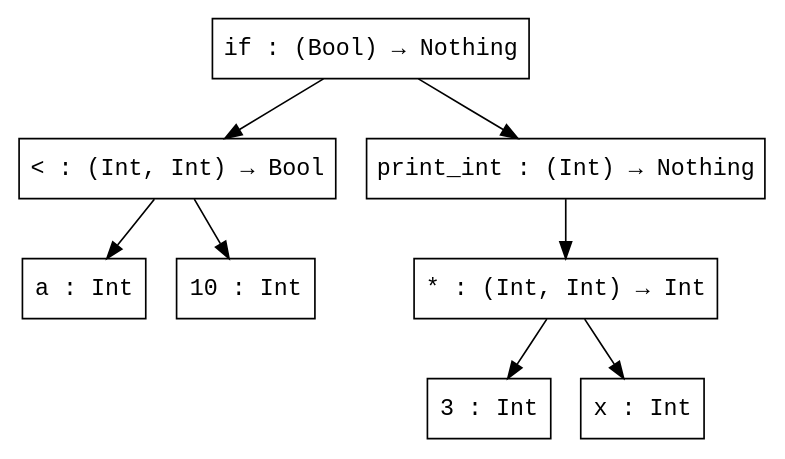
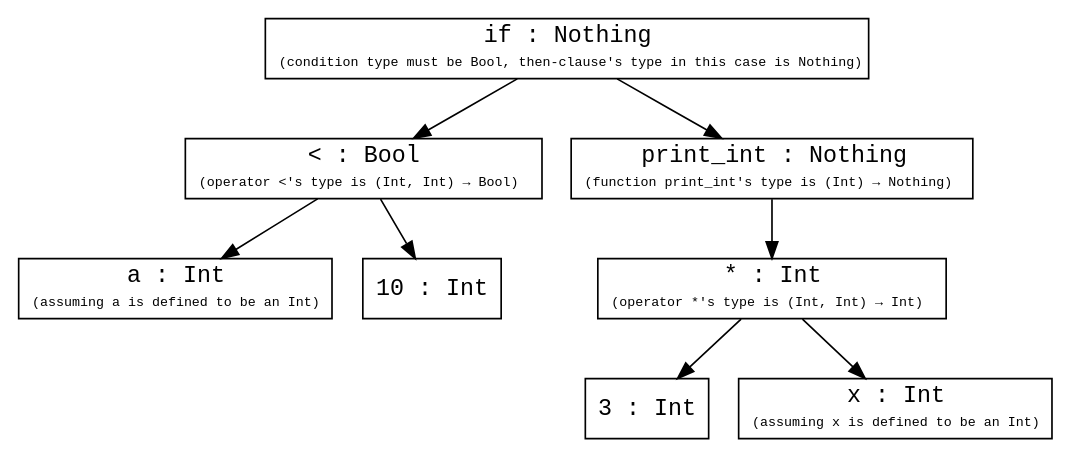
The diagram in graphs/01-intro/typed-ast-example.dot (hy-compilers/spring-2024), drawn with Graphviz before and after one commit. The commit also changed 3 other files, not shown here.

```diff
--- a/graphs/01-intro/typed-ast-example.dot
+++ b/graphs/01-intro/typed-ast-example.dot
@@ -1,22 +1,22 @@
 digraph G {
   ordering="out"
   node [shape="rect", fontname="monospace"]
   edge [fontsize=10, fontname="monospace"]
 
-  if [label="if : (Bool) → Nothing"]
-  lt [label="< : (Int, Int) → Bool"]
-  print_int [label="print_int : (Int) → Nothing"]
-  times [label="* : (Int, Int) → Int"]
+  if [label=<if : Nothing<BR/><FONT POINT-SIZE="8">(condition type must be Bool, then-clause's type in this case is Nothing)</FONT>&nbsp;&nbsp;>]
+  lt [label=<&lt; : Bool<BR/><FONT POINT-SIZE="8">(operator &lt;'s type is (Int, Int) → Bool)</FONT>&nbsp;&nbsp;>]
+  print_int [label=<print_int : Nothing<BR/><FONT POINT-SIZE="8">(function print_int's type is (Int) → Nothing)</FONT>&nbsp;&nbsp;>]
+  times [label=<* : Int<BR/><FONT POINT-SIZE="8">(operator *'s type is (Int, Int) → Int)</FONT>&nbsp;&nbsp;>]
   three [label="3 : Int"]
   ten [label="10 : Int"]
-  a [label="a : Int"]
-  x [label="x : Int"]
+  a [label=<a : Int<BR/><FONT POINT-SIZE="8">(assuming a is defined to be an Int)</FONT>&nbsp;>]
+  x [label=<x : Int<BR/><FONT POINT-SIZE="8">(assuming x is defined to be an Int)</FONT>&nbsp;>]
 
   if -> lt
   lt -> a
   lt -> ten
   if -> print_int
   print_int -> times
   times -> three
   times -> x
 }
```
